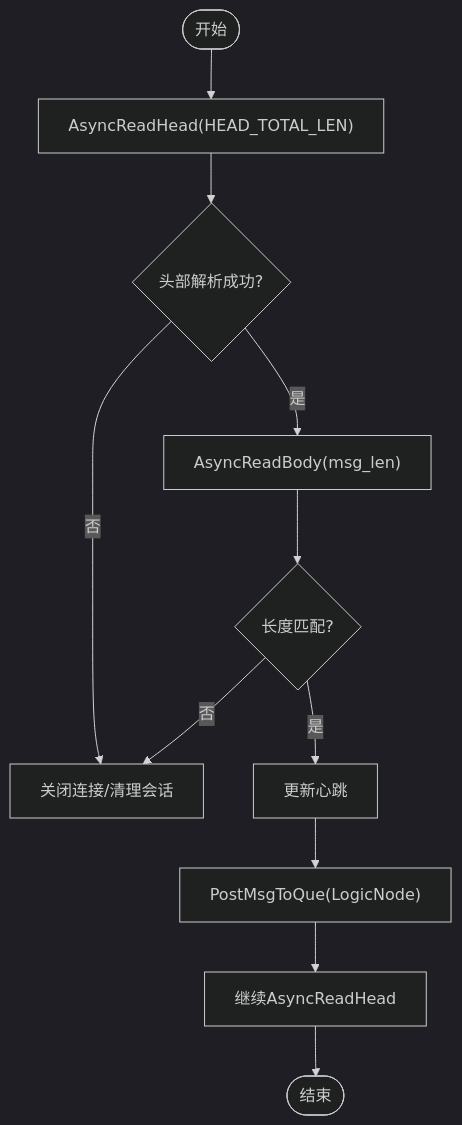
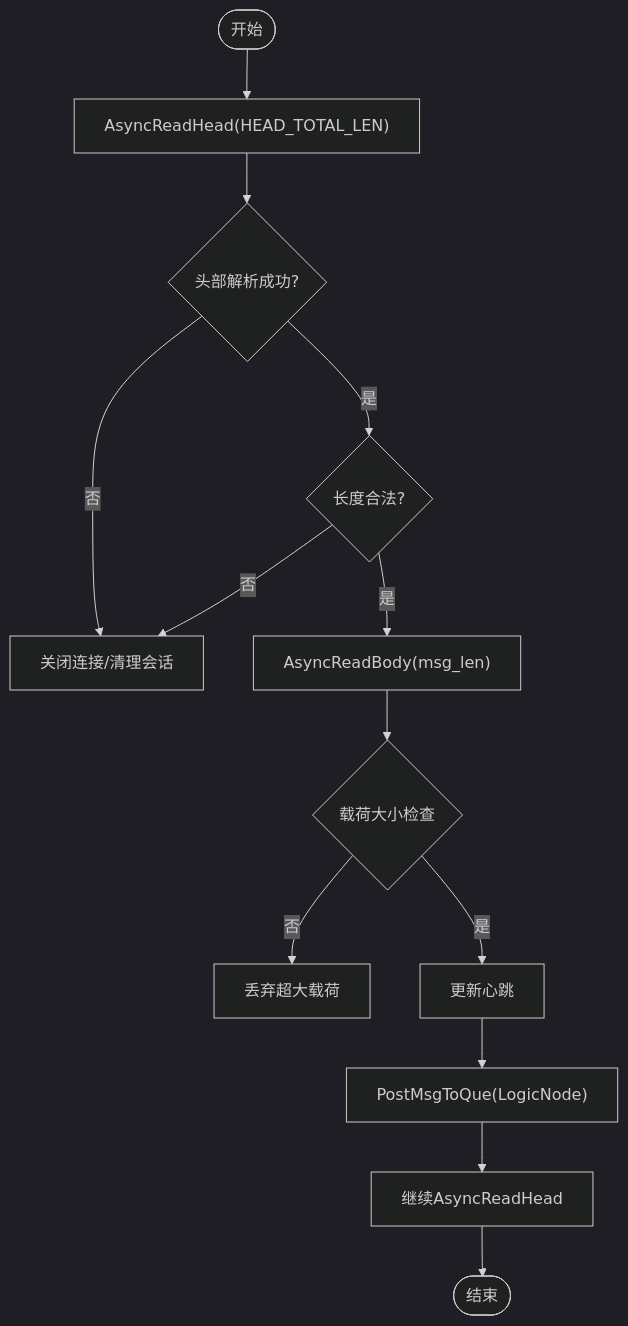
One commit to echo9923/mychatter changed the fourth of 8 diagrams in .qoder/repowiki/zh/content/服务端开发/ChatServer聊天核心服务/会话管理/消息处理机制.md. Above: the diagram before and after it, drawn with Mermaid (dark theme). The commit also changed other lines of this file and 54 other files, not shown here.

````diff
--- a/.qoder/repowiki/zh/content/服务端开发/ChatServer聊天核心服务/会话管理/消息处理机制.md
+++ b/.qoder/repowiki/zh/content/服务端开发/ChatServer聊天核心服务/会话管理/消息处理机制.md
@@ -176,13 +216,15 @@
 ```mermaid
 flowchart TD
 Start(["开始"]) --> ReadHead["AsyncReadHead(HEAD_TOTAL_LEN)"]
 ReadHead --> ParseHead{"头部解析成功?"}
 ParseHead --> |否| CloseErr["关闭连接/清理会话"]
-ParseHead --> |是| ReadBody["AsyncReadBody(msg_len)"]
-ReadBody --> ValidateLen{"长度匹配?"}
+ParseHead --> |是| ValidateLen{"长度合法?"}
 ValidateLen --> |否| CloseErr
-ValidateLen --> |是| UpdateHB["更新心跳"]
+ValidateLen --> |是| ReadBody["AsyncReadBody(msg_len)"]
+ReadBody --> ValidateBody{"载荷大小检查"}
+ValidateBody --> |否| DropMsg["丢弃超大载荷"]
+ValidateBody --> |是| UpdateHB["更新心跳"]
 UpdateHB --> Enqueue["PostMsgToQue(LogicNode)"]
 Enqueue --> NextHead["继续AsyncReadHead"]
 NextHead --> End(["结束"])
 ```
````
